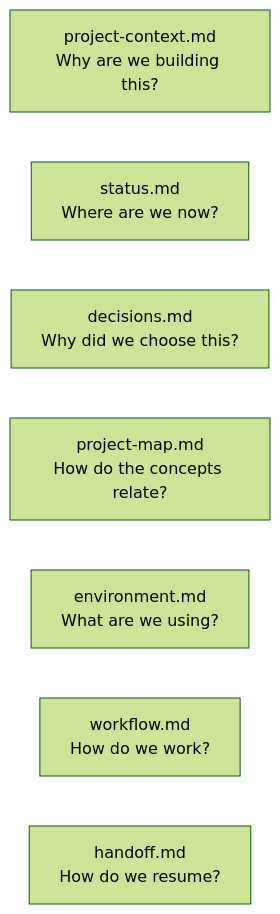
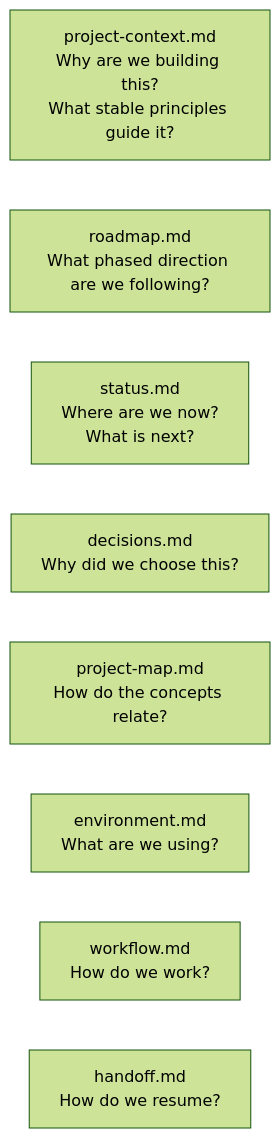
The diagram in docs/project/README.md (fa-ribeiro/vLab2D), drawn with Mermaid (forest theme) before and after one commit. The commit also changed other lines of this file and 6 other files, not shown here.

Commit message:
docs(project): record architecture roadmap

````diff
--- a/docs/project/README.md
+++ b/docs/project/README.md
@@ -54,10 +64,11 @@
 ```mermaid
 flowchart LR
-    PC["project-context.md<br/>Why are we building this?"]
-    ST["status.md<br/>Where are we now?"]
+    PC["project-context.md<br/>Why are we building this?<br/>What stable principles guide it?"]
+    RM["roadmap.md<br/>What phased direction are we following?"]
+    ST["status.md<br/>Where are we now?<br/>What is next?"]
     DE["decisions.md<br/>Why did we choose this?"]
     PM["project-map.md<br/>How do the concepts relate?"]
     EN["environment.md<br/>What are we using?"]
     WF["workflow.md<br/>How do we work?"]
     HO["handoff.md<br/>How do we resume?"]
 ```
````
